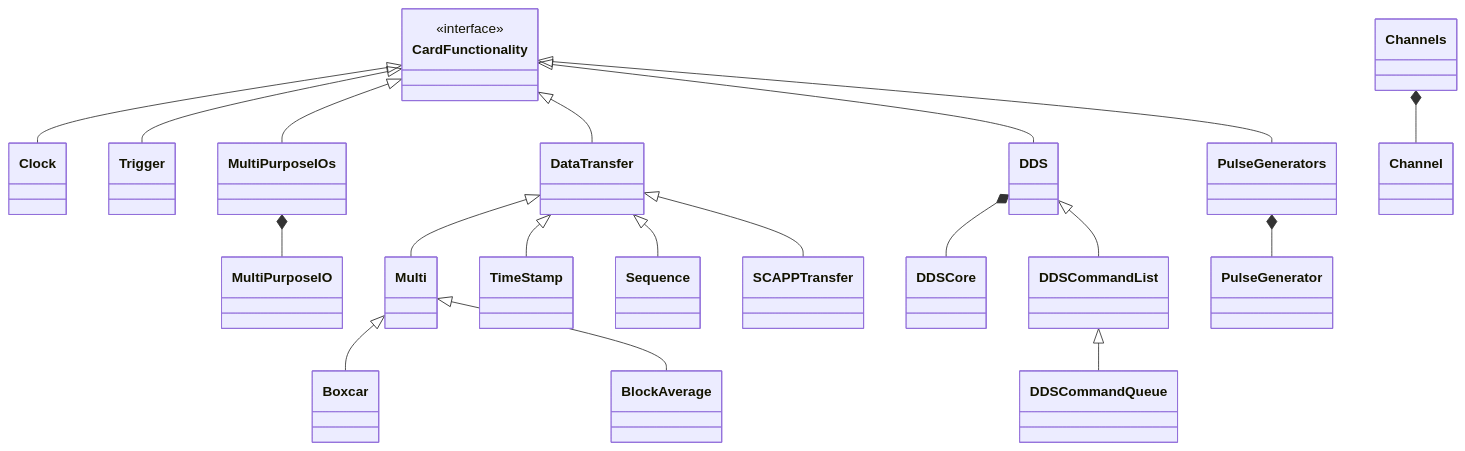
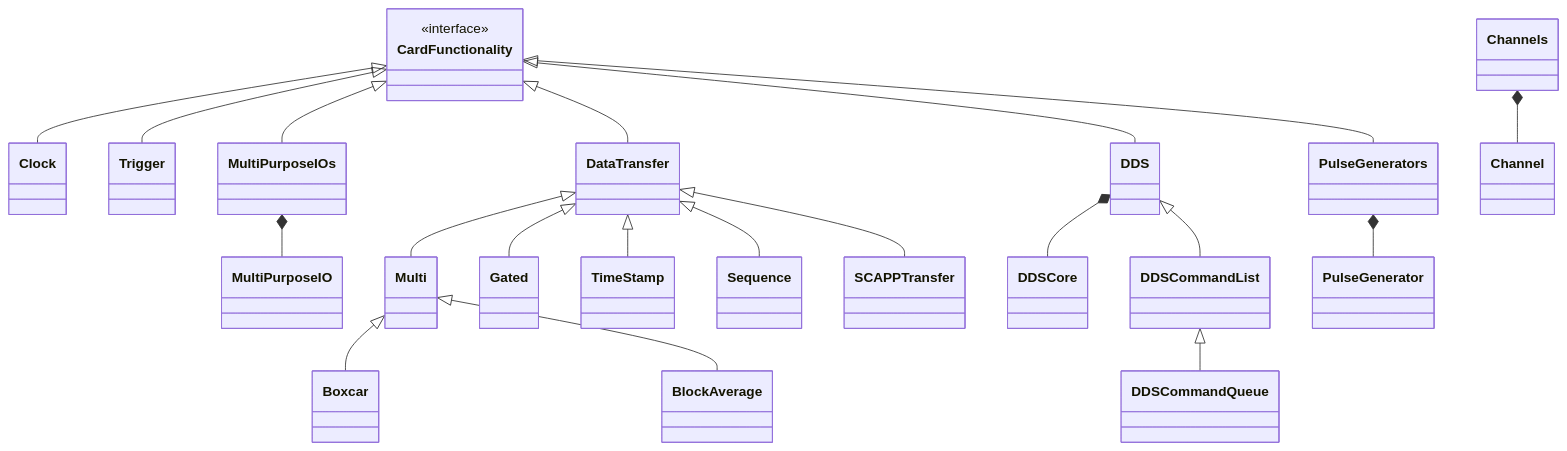
Before and after one commit to SpectrumInstrumentation/spcm: the second of 4 diagrams in src/spcm/README.md, drawn with Mermaid. The commit also changed other lines of this file, not shown here.

Commit message:
Added Gated and SpcmDeviceNotFound classes to the documentation

````diff
--- a/src/spcm/README.md
+++ b/src/spcm/README.md
@@ -67,40 +68,42 @@
 ```mermaid
 
 classDiagram
   class CardFunctionality
   <<interface>> CardFunctionality
   class Channels
   class Clock
   class Trigger
   class MultiPurposeIOs
   class DataTransfer
   class DDS
   class DDSCore
   class DDSCommandList
   class DDSCommandQueue
   class PulseGenerators
   class Multi
+  class Gated
   class TimeStamp
   class Sequence
   class SCAPPTransfer
   class Boxcar
   class BlockAverage
   CardFunctionality <|-- Clock
   CardFunctionality <|-- Trigger
   CardFunctionality <|-- MultiPurposeIOs
   CardFunctionality <|-- DataTransfer
   CardFunctionality <|-- DDS
   CardFunctionality <|-- PulseGenerators
   DataTransfer <|-- Multi
+  DataTransfer <|-- Gated
   DataTransfer <|-- TimeStamp
   DataTransfer <|-- Sequence
   DataTransfer <|-- SCAPPTransfer
   Multi <|-- Boxcar
   Multi <|-- BlockAverage
   Channels *-- Channel
   MultiPurposeIOs *-- MultiPurposeIO
   PulseGenerators *-- PulseGenerator
   DDS *-- DDSCore
   DDS <|-- DDSCommandList
   DDSCommandList <|-- DDSCommandQueue
 ```
````
